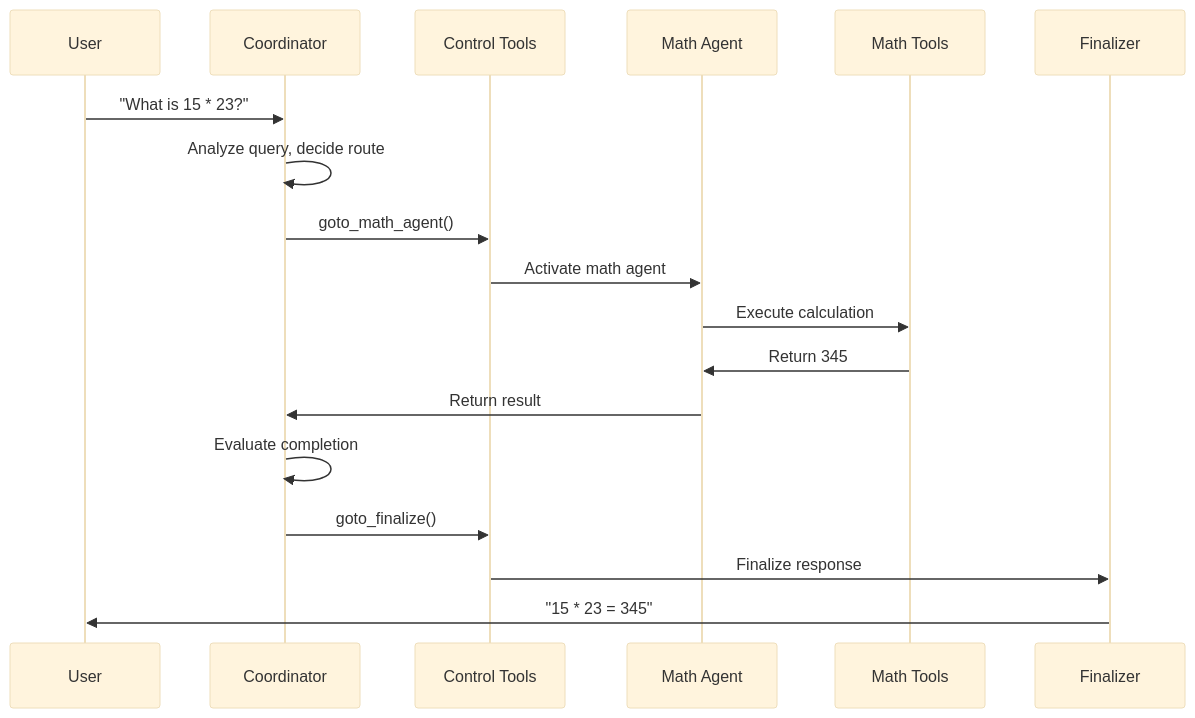
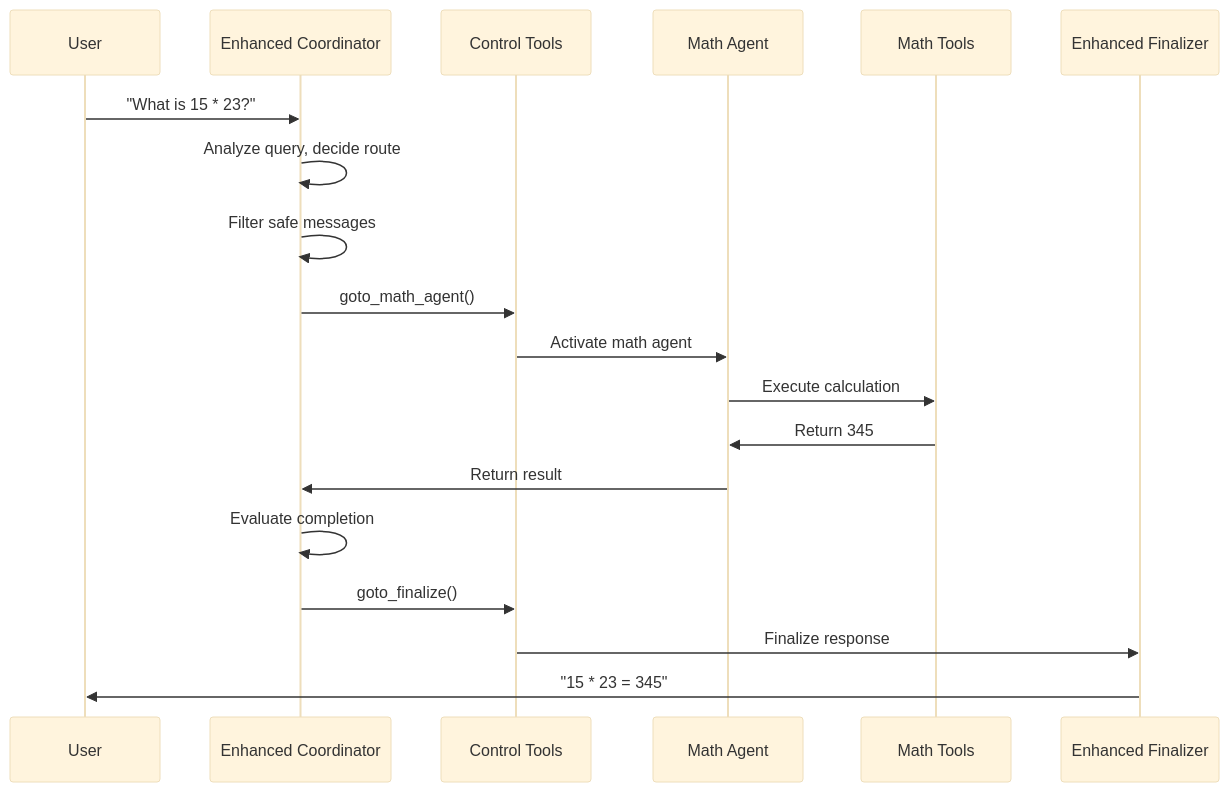
Before and after one commit to jonaskahn/cadence: diagram 12 of 19 in docs/concepts/langgraph-architecture.md, drawn with Mermaid (base theme). The commit also changed other lines of this file and 37 other files, not shown here.

````diff
--- a/docs/concepts/langgraph-architecture.md
+++ b/docs/concepts/langgraph-architecture.md
@@ -616,21 +859,22 @@
 ```mermaid
 sequenceDiagram
     participant U as User
-    participant C as Coordinator
+    participant C as Enhanced Coordinator
     participant CT as Control Tools
     participant MA as Math Agent
     participant MT as Math Tools
-    participant F as Finalizer
+    participant F as Enhanced Finalizer
     
     U->>C: "What is 15 * 23?"
     C->>C: Analyze query, decide route
+    C->>C: Filter safe messages
     C->>CT: goto_math_agent()
     CT->>MA: Activate math agent
     MA->>MT: Execute calculation
     MT->>MA: Return 345
     MA->>C: Return result
     C->>C: Evaluate completion
     C->>CT: goto_finalize()
     CT->>F: Finalize response
     F->>U: "15 * 23 = 345"
 ```
````
